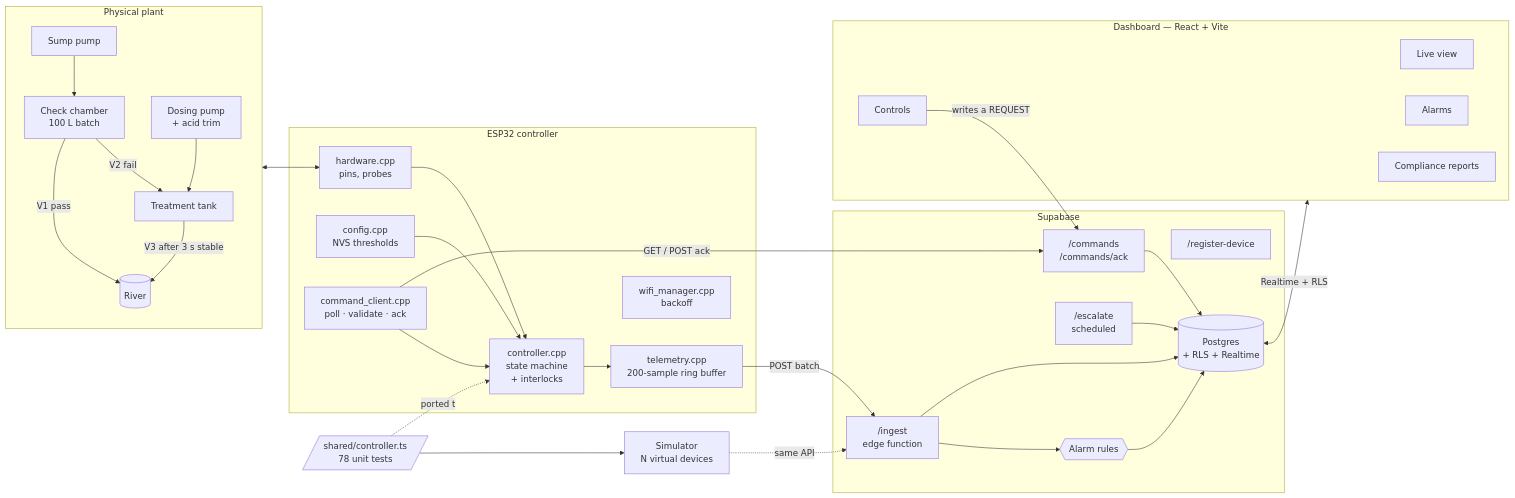
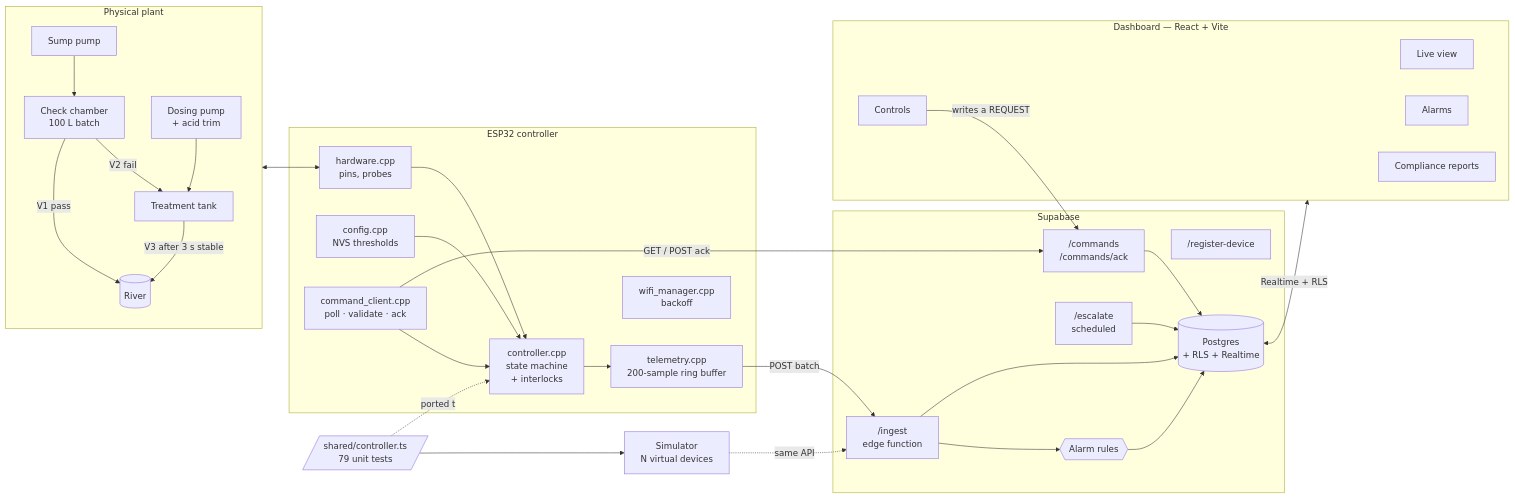
Before and after one commit to SoSavage321/IziMpisi-ze-Data: the diagram in README.md, drawn with Mermaid. The commit also changed other lines of this file and 6 other files, not shown here.

````diff
--- a/README.md
+++ b/README.md
@@ -33,54 +33,54 @@
 ```mermaid
 flowchart LR
   subgraph Plant["Physical plant"]
     SUMP[Sump pump] --> CH[Check chamber<br/>100 L batch]
     CH -->|V1 pass| RIVER[(River)]
     CH -->|V2 fail| TANK[Treatment tank]
     DOSE[Dosing pump<br/>+ acid trim] --> TANK
     TANK -->|V3 after 3 s stable| RIVER
   end
 
   subgraph Device["ESP32 controller"]
     HAL[hardware.cpp<br/>pins, probes]
     CTRL[controller.cpp<br/>state machine<br/>+ interlocks]
     CFG[config.cpp<br/>NVS thresholds]
     RING[telemetry.cpp<br/>200-sample ring buffer]
     CMD[command_client.cpp<br/>poll · validate · ack]
     WIFI[wifi_manager.cpp<br/>backoff]
   end
 
   Plant <--> HAL --> CTRL
   CFG --> CTRL
   CTRL --> RING
   CMD --> CTRL
 
   subgraph Supabase["Supabase"]
     ING["/ingest<br/>edge function"]
     COM["/commands<br/>/commands/ack"]
     ESC["/escalate<br/>scheduled"]
     REG["/register-device"]
     PG[(Postgres<br/>+ RLS + Realtime)]
     ALARM{{Alarm rules}}
   end
 
   RING -->|POST batch| ING
   CMD -->|GET / POST ack| COM
   ING --> ALARM --> PG
   ING --> PG
   COM --> PG
   ESC --> PG
 
   subgraph Dash["Dashboard — React + Vite"]
     LIVE[Live view]
     CONTROLS[Controls]
     ALARMS[Alarms]
     REPORTS[Compliance reports]
   end
 
   PG <-->|Realtime + RLS| Dash
   CONTROLS -->|writes a REQUEST| COM
 
   SIM[Simulator<br/>N virtual devices] -.same API.-> ING
-  SHARED[/shared/controller.ts<br/>78 unit tests/] -.ported to.-> CTRL
+  SHARED[/shared/controller.ts<br/>79 unit tests/] -.ported to.-> CTRL
   SHARED --> SIM
 ```
````
